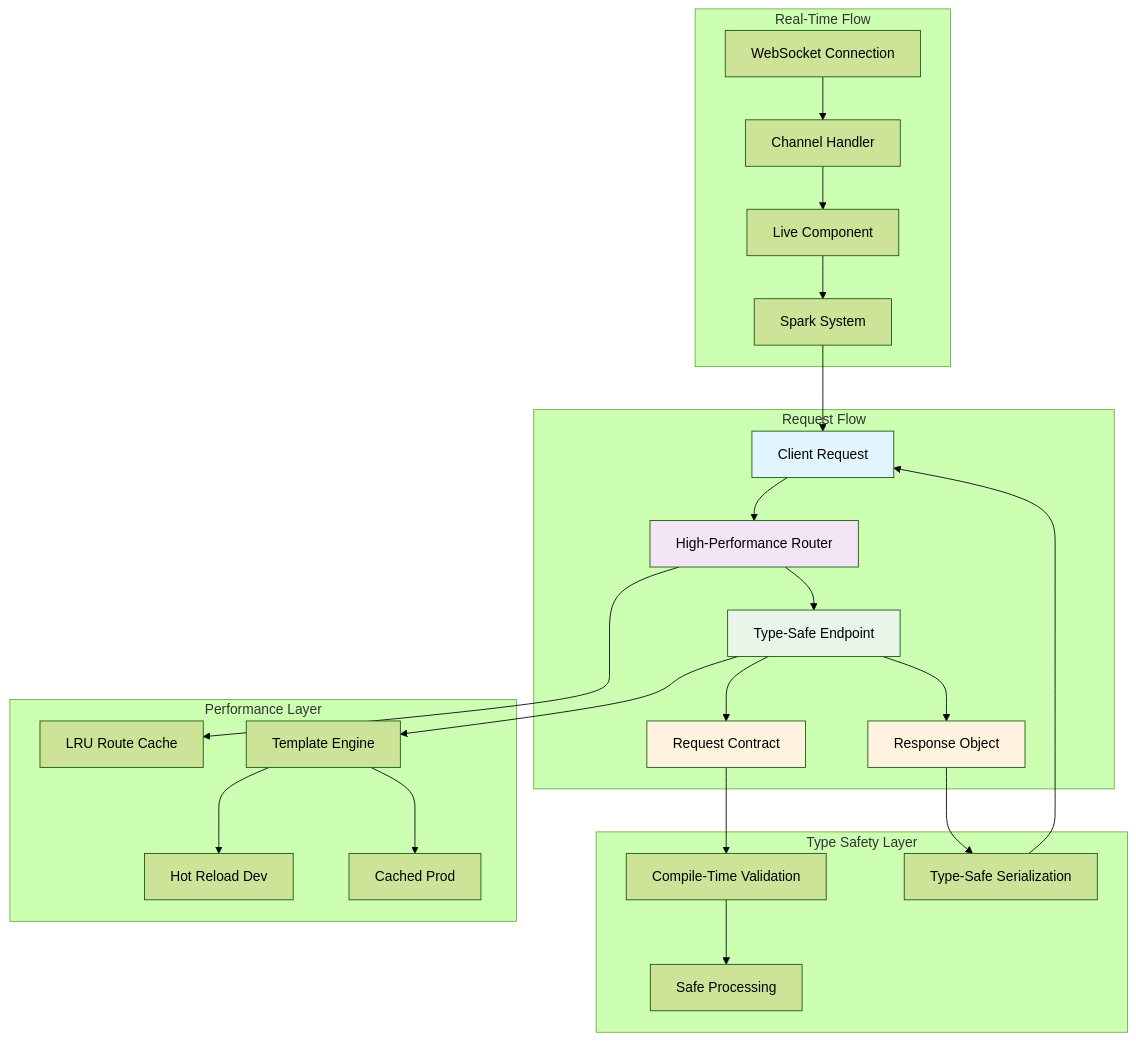
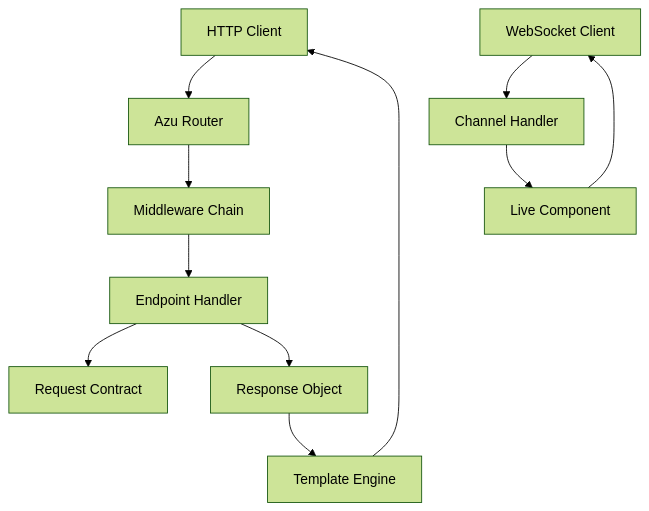
Before and after one commit to azutoolkit/azu: the diagram in docs/README.md, drawn with Mermaid (forest theme). The commit also changed other lines of this file and 4 other files, not shown here.

First line of the commit message:
Enhance documentation for Azu framework's core concepts and real-time features

````diff
--- a/docs/README.md
+++ b/docs/README.md
@@ -92,36 +15,14 @@
 ```mermaid
 graph TB
-    subgraph "Request Flow"
-        Client[Client Request] --> Router[High-Performance Router]
-        Router --> Endpoint[Type-Safe Endpoint]
-        Endpoint --> Request[Request Contract]
-        Endpoint --> Response[Response Object]
-    end
+    Client[HTTP Client] --> Router[Azu Router]
+    Router --> Middleware[Middleware Chain]
+    Middleware --> Endpoint[Endpoint Handler]
+    Endpoint --> Request[Request Contract]
+    Endpoint --> Response[Response Object]
+    Response --> Template[Template Engine]
+    Template --> Client
 
-    subgraph "Real-Time Flow"
-        WS[WebSocket Connection] --> Channel[Channel Handler]
-        Channel --> Component[Live Component]
-        Component --> Spark[Spark System]
-        Spark --> Client
-    end
-
-    subgraph "Type Safety Layer"
-        Request --> Validation[Compile-Time Validation]
-        Response --> Serialization[Type-Safe Serialization]
-        Validation --> Processing[Safe Processing]
-        Serialization --> Client
-    end
-
-    subgraph "Performance Layer"
-        Router --> Cache[LRU Route Cache]
-        Endpoint --> Templates[Template Engine]
-        Templates --> HotReload[Hot Reload Dev]
-        Templates --> Cached[Cached Prod]
-    end
-
-    style Client fill:#e1f5fe
-    style Router fill:#f3e5f5
-    style Endpoint fill:#e8f5e8
-    style Request fill:#fff3e0
-    style Response fill:#fff3e0
+    WS[WebSocket Client] --> Channel[Channel Handler]
+    Channel --> Component[Live Component]
+    Component --> WS
 ```
````
